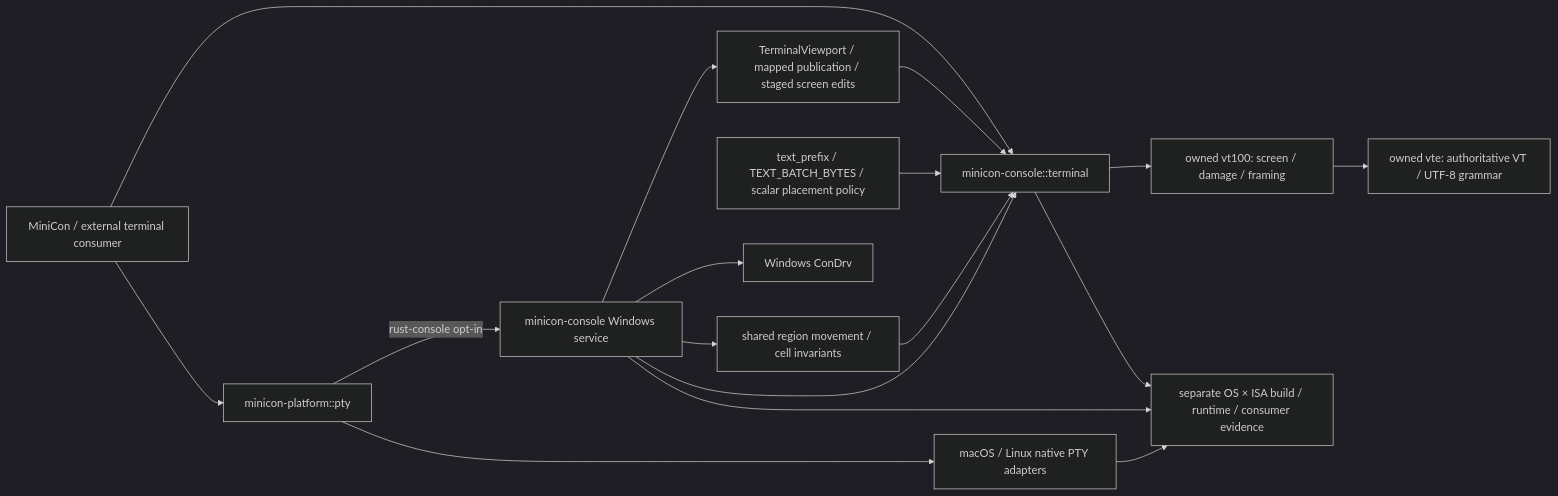
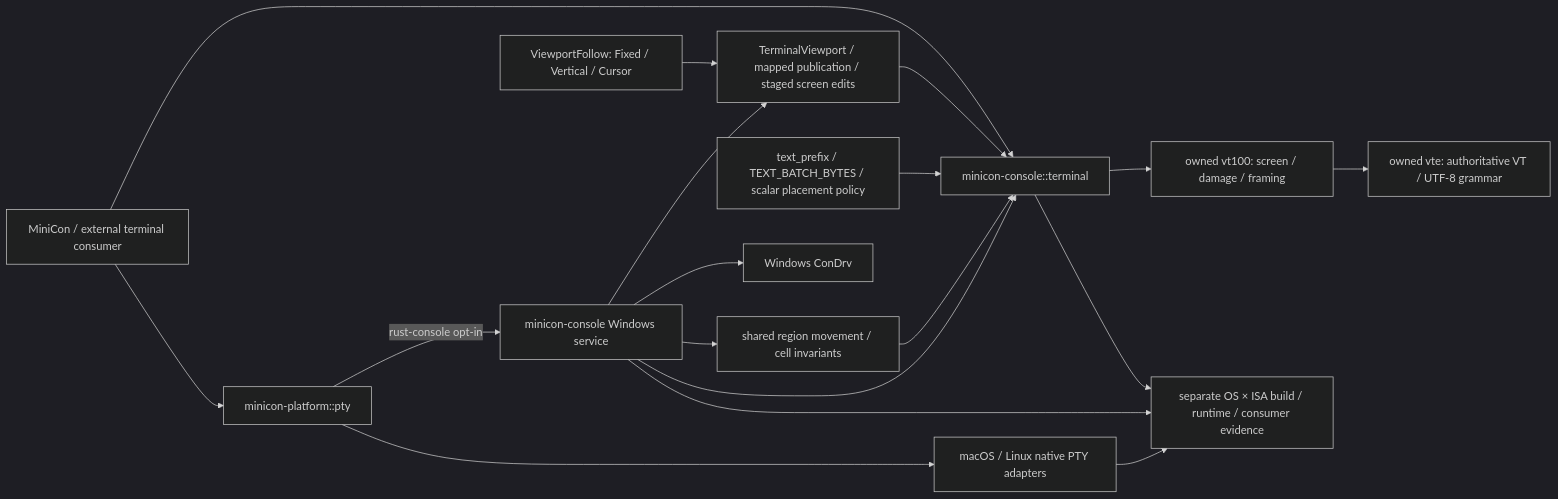
One commit to partnernetsoftware/minicon changed the diagram in prd/PRD_02_35_terminal_library.md. Above: the diagram before and after it, drawn with Mermaid (dark theme). The commit also changed other lines of this file and 10 other files, not shown here.

Commit message:
fix(console): follow vertical output through shared viewport policy

````diff
--- a/prd/PRD_02_35_terminal_library.md
+++ b/prd/PRD_02_35_terminal_library.md
@@ -51,17 +52,18 @@
 ```mermaid
 flowchart LR
     APP["MiniCon / external terminal consumer"] --> COMMON["minicon-console::terminal"]
     COMMON --> VT["owned vt100: screen / damage / framing"]
     VT --> VTE["owned vte: authoritative VT / UTF-8 grammar"]
     APP --> PLATFORM["minicon-platform::pty"]
     PLATFORM -->|"rust-console opt-in"| WIN["minicon-console Windows service"]
     VP["TerminalViewport / mapped publication / staged screen edits"] --> COMMON
+    FOLLOW["ViewportFollow: Fixed / Vertical / Cursor"] --> VP
     TEXT["text_prefix / TEXT_BATCH_BYTES / scalar placement policy"] --> COMMON
     WIN --> VP
     MOVE["shared region movement / cell invariants"] --> COMMON
     WIN --> MOVE
     WIN --> COMMON
     WIN --> KERNEL["Windows ConDrv"]
     PLATFORM --> POSIX["macOS / Linux native PTY adapters"]
     COMMON & WIN & POSIX --> E["separate OS × ISA build / runtime / consumer evidence"]
 ```
````
